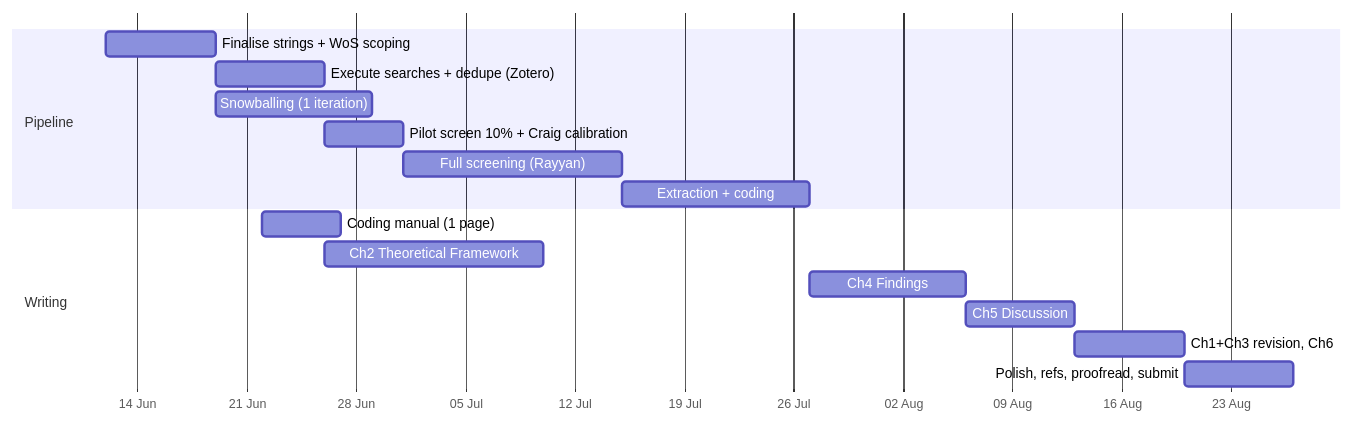
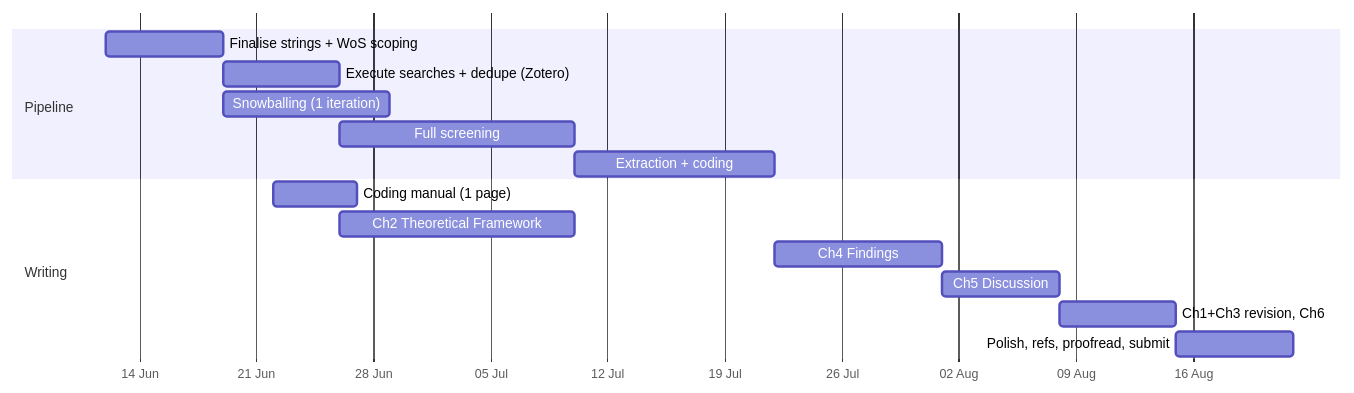
Before and after one commit to EVasiloudes/algorithmic-governance-domicide-slr: the diagram in Writing Plan v0.md, drawn with Mermaid. The commit also changed other lines of this file and 6 other files, not shown here.

First line of the commit message:
Drop Rayyan + pilot screening; create final-draft/ LaTeX pipeline

````diff
--- a/Writing Plan v0.md
+++ b/Writing Plan v0.md
@@ -32,19 +33,18 @@
 ```mermaid
 gantt
     dateFormat YYYY-MM-DD
     axisFormat %d %b
     section Pipeline
     Finalise strings + WoS scoping      :p1, 2026-06-12, 7d
     Execute searches + dedupe (Zotero)  :p2, after p1, 7d
     Snowballing (1 iteration)           :p3, after p1, 10d
-    Pilot screen 10% + Craig calibration:p4, after p2, 5d
-    Full screening (Rayyan)             :p5, after p4, 14d
+    Full screening                     :p5, after p2, 14d
     Extraction + coding                 :p6, after p5, 12d
     section Writing
     Coding manual (1 page)              :w0, 2026-06-22, 5d
     Ch2 Theoretical Framework           :w1, 2026-06-26, 14d
     Ch4 Findings                        :w2, after p6, 10d
     Ch5 Discussion                      :w3, after w2, 7d
     Ch1+Ch3 revision, Ch6               :w4, after w3, 7d
     Polish, refs, proofread, submit     :w5, after w4, 7d
 ```
````
